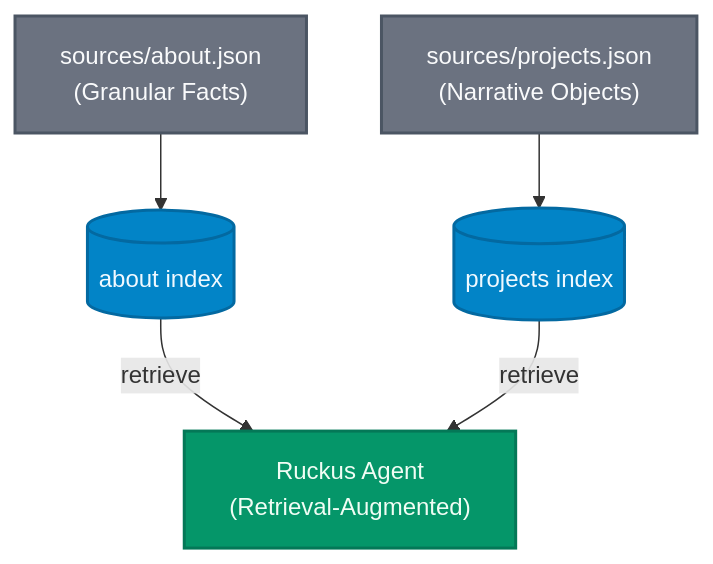
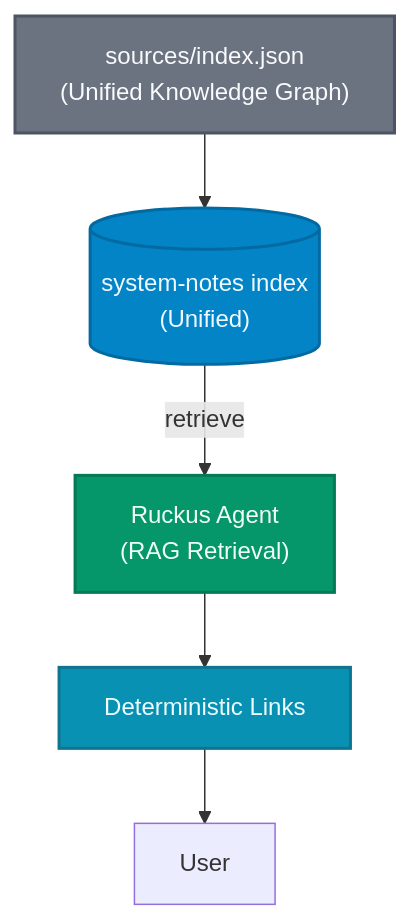
Before and after one commit to anchildress1/system-notes: the diagram in apps/api/algolia/README.md, drawn with Mermaid. The commit also changed other lines of this file and 4 other files, not shown here.

First line of the commit message:
docs: update algolia docs, prompt, and project data

````diff
--- a/apps/api/algolia/README.md
+++ b/apps/api/algolia/README.md
@@ -38,26 +29,31 @@
 ```mermaid
 graph TB
+    accTitle: Algolia System Data Flow
+    accDescr: Data flow showing how the Python script enriches JSON data with graph context before indexing
+
     %% Data sources
-    AboutJSON["sources/about.json<br/>(Granular Facts)"]:::source
-    ProjectsJSON["sources/projects.json<br/>(Narrative Objects)"]:::source
+    UnifiedJSON["sources/index.json<br/>(Unified Knowledge Graph)"]:::source
 
     %% Algolia indices
-    AboutIndex[("about index")]:::index
-    ProjectsIndex[("projects index")]:::index
+    UnifiedIndex[("system-notes index<br/>(Unified)")]:::index
 
     %% Retrieval
-    Ruckus["Ruckus Agent<br/>(Retrieval-Augmented)"]:::agent
+    Ruckus["Ruckus Agent<br/>(RAG Retrieval)"]:::agent
+
+    %% Link generation
+    Links["Deterministic Links"]:::output
 
     %% Flow
-    ProjectsJSON --> ProjectsIndex
-    AboutJSON --> AboutIndex
+    UnifiedJSON --> UnifiedIndex
+    UnifiedIndex -->|retrieve| Ruckus
 
-    AboutIndex -->|retrieve| Ruckus
-    ProjectsIndex -->|retrieve| Ruckus
+    Ruckus --> Links
+    Links --> User
 
     %% Styles
     classDef source fill:#6b7280,stroke:#4b5563,stroke-width:2px,color:#f9fafb
     classDef process fill:#7c3aed,stroke:#6d28d9,stroke-width:2px,color:#faf5ff
     classDef index fill:#0284c7,stroke:#0369a1,stroke-width:2px,color:#f0f9ff
     classDef agent fill:#059669,stroke:#047857,stroke-width:2px,color:#f0fdf4
+    classDef output fill:#0891b2,stroke:#0e7490,stroke-width:2px,color:#ecfeff
 ```
````
